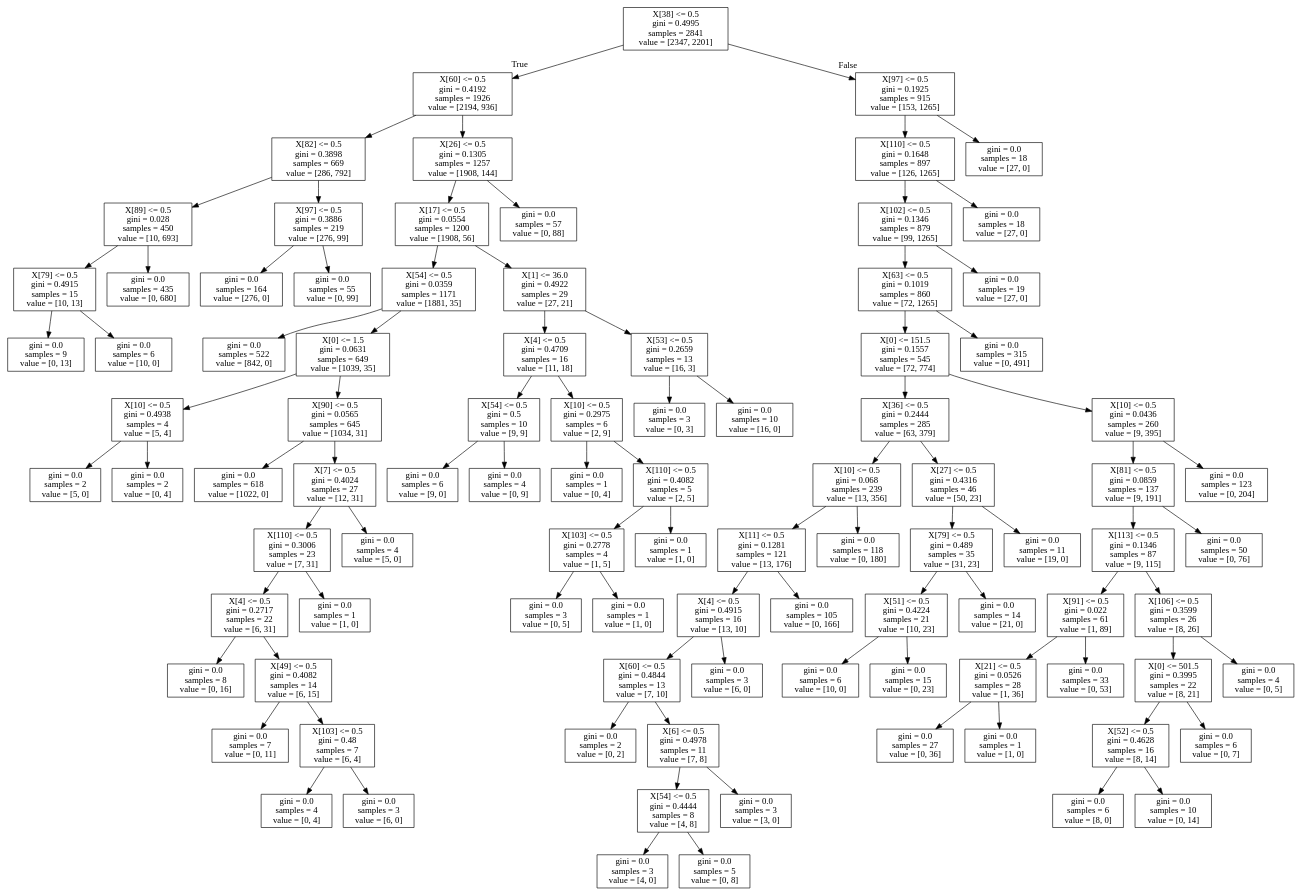
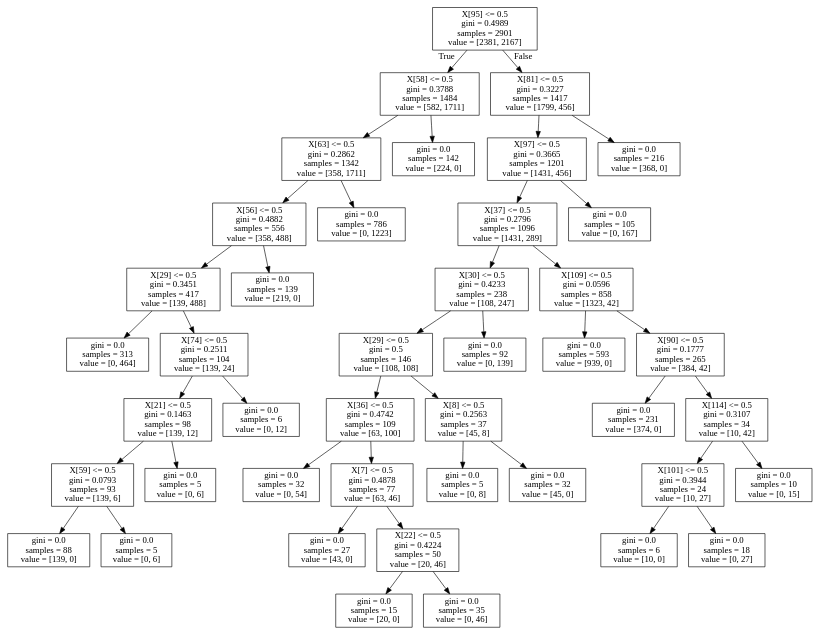
One commit to CaptainDredge/DSG-Entry-Data-Science-Competition changed the diagram in tree_5.dot. Above: the diagram before and after it, drawn with Graphviz. The commit also changed 18 other files, not shown here.

```diff
--- a/tree_5.dot
+++ b/tree_5.dot
@@ -1,192 +1,88 @@
 digraph Tree {
 node [shape=box] ;
-0 [label="X[38] <= 0.5\ngini = 0.4995\nsamples = 2841\nvalue = [2347, 2201]"] ;
-1 [label="X[60] <= 0.5\ngini = 0.4192\nsamples = 1926\nvalue = [2194, 936]"] ;
+0 [label="X[95] <= 0.5\ngini = 0.4989\nsamples = 2901\nvalue = [2381, 2167]"] ;
+1 [label="X[58] <= 0.5\ngini = 0.3788\nsamples = 1484\nvalue = [582, 1711]"] ;
 0 -> 1 [labeldistance=2.5, labelangle=45, headlabel="True"] ;
-2 [label="X[82] <= 0.5\ngini = 0.3898\nsamples = 669\nvalue = [286, 792]"] ;
+2 [label="X[63] <= 0.5\ngini = 0.2862\nsamples = 1342\nvalue = [358, 1711]"] ;
 1 -> 2 ;
-3 [label="X[89] <= 0.5\ngini = 0.028\nsamples = 450\nvalue = [10, 693]"] ;
+3 [label="X[56] <= 0.5\ngini = 0.4882\nsamples = 556\nvalue = [358, 488]"] ;
 2 -> 3 ;
-4 [label="X[79] <= 0.5\ngini = 0.4915\nsamples = 15\nvalue = [10, 13]"] ;
+4 [label="X[29] <= 0.5\ngini = 0.3451\nsamples = 417\nvalue = [139, 488]"] ;
 3 -> 4 ;
-5 [label="gini = 0.0\nsamples = 9\nvalue = [0, 13]"] ;
+5 [label="gini = 0.0\nsamples = 313\nvalue = [0, 464]"] ;
 4 -> 5 ;
-6 [label="gini = 0.0\nsamples = 6\nvalue = [10, 0]"] ;
+6 [label="X[74] <= 0.5\ngini = 0.2511\nsamples = 104\nvalue = [139, 24]"] ;
 4 -> 6 ;
-7 [label="gini = 0.0\nsamples = 435\nvalue = [0, 680]"] ;
-3 -> 7 ;
-8 [label="X[97] <= 0.5\ngini = 0.3886\nsamples = 219\nvalue = [276, 99]"] ;
-2 -> 8 ;
-9 [label="gini = 0.0\nsamples = 164\nvalue = [276, 0]"] ;
+7 [label="X[21] <= 0.5\ngini = 0.1463\nsamples = 98\nvalue = [139, 12]"] ;
+6 -> 7 ;
+8 [label="X[59] <= 0.5\ngini = 0.0793\nsamples = 93\nvalue = [139, 6]"] ;
+7 -> 8 ;
+9 [label="gini = 0.0\nsamples = 88\nvalue = [139, 0]"] ;
 8 -> 9 ;
-10 [label="gini = 0.0\nsamples = 55\nvalue = [0, 99]"] ;
+10 [label="gini = 0.0\nsamples = 5\nvalue = [0, 6]"] ;
 8 -> 10 ;
-11 [label="X[26] <= 0.5\ngini = 0.1305\nsamples = 1257\nvalue = [1908, 144]"] ;
-1 -> 11 ;
-12 [label="X[17] <= 0.5\ngini = 0.0554\nsamples = 1200\nvalue = [1908, 56]"] ;
-11 -> 12 ;
-13 [label="X[54] <= 0.5\ngini = 0.0359\nsamples = 1171\nvalue = [1881, 35]"] ;
-12 -> 13 ;
-14 [label="gini = 0.0\nsamples = 522\nvalue = [842, 0]"] ;
-13 -> 14 ;
-15 [label="X[0] <= 1.5\ngini = 0.0631\nsamples = 649\nvalue = [1039, 35]"] ;
-13 -> 15 ;
-16 [label="X[10] <= 0.5\ngini = 0.4938\nsamples = 4\nvalue = [5, 4]"] ;
-15 -> 16 ;
-17 [label="gini = 0.0\nsamples = 2\nvalue = [5, 0]"] ;
+11 [label="gini = 0.0\nsamples = 5\nvalue = [0, 6]"] ;
+7 -> 11 ;
+12 [label="gini = 0.0\nsamples = 6\nvalue = [0, 12]"] ;
+6 -> 12 ;
+13 [label="gini = 0.0\nsamples = 139\nvalue = [219, 0]"] ;
+3 -> 13 ;
+14 [label="gini = 0.0\nsamples = 786\nvalue = [0, 1223]"] ;
+2 -> 14 ;
+15 [label="gini = 0.0\nsamples = 142\nvalue = [224, 0]"] ;
+1 -> 15 ;
+16 [label="X[81] <= 0.5\ngini = 0.3227\nsamples = 1417\nvalue = [1799, 456]"] ;
+0 -> 16 [labeldistance=2.5, labelangle=-45, headlabel="False"] ;
+17 [label="X[97] <= 0.5\ngini = 0.3665\nsamples = 1201\nvalue = [1431, 456]"] ;
 16 -> 17 ;
-18 [label="gini = 0.0\nsamples = 2\nvalue = [0, 4]"] ;
-16 -> 18 ;
-19 [label="X[90] <= 0.5\ngini = 0.0565\nsamples = 645\nvalue = [1034, 31]"] ;
-15 -> 19 ;
-20 [label="gini = 0.0\nsamples = 618\nvalue = [1022, 0]"] ;
+18 [label="X[37] <= 0.5\ngini = 0.2796\nsamples = 1096\nvalue = [1431, 289]"] ;
+17 -> 18 ;
+19 [label="X[30] <= 0.5\ngini = 0.4233\nsamples = 238\nvalue = [108, 247]"] ;
+18 -> 19 ;
+20 [label="X[29] <= 0.5\ngini = 0.5\nsamples = 146\nvalue = [108, 108]"] ;
 19 -> 20 ;
-21 [label="X[7] <= 0.5\ngini = 0.4024\nsamples = 27\nvalue = [12, 31]"] ;
-19 -> 21 ;
-22 [label="X[110] <= 0.5\ngini = 0.3006\nsamples = 23\nvalue = [7, 31]"] ;
+21 [label="X[36] <= 0.5\ngini = 0.4742\nsamples = 109\nvalue = [63, 100]"] ;
+20 -> 21 ;
+22 [label="gini = 0.0\nsamples = 32\nvalue = [0, 54]"] ;
 21 -> 22 ;
-23 [label="X[4] <= 0.5\ngini = 0.2717\nsamples = 22\nvalue = [6, 31]"] ;
-22 -> 23 ;
-24 [label="gini = 0.0\nsamples = 8\nvalue = [0, 16]"] ;
+23 [label="X[7] <= 0.5\ngini = 0.4878\nsamples = 77\nvalue = [63, 46]"] ;
+21 -> 23 ;
+24 [label="gini = 0.0\nsamples = 27\nvalue = [43, 0]"] ;
 23 -> 24 ;
-25 [label="X[49] <= 0.5\ngini = 0.4082\nsamples = 14\nvalue = [6, 15]"] ;
+25 [label="X[22] <= 0.5\ngini = 0.4224\nsamples = 50\nvalue = [20, 46]"] ;
 23 -> 25 ;
-26 [label="gini = 0.0\nsamples = 7\nvalue = [0, 11]"] ;
+26 [label="gini = 0.0\nsamples = 15\nvalue = [20, 0]"] ;
 25 -> 26 ;
-27 [label="X[103] <= 0.5\ngini = 0.48\nsamples = 7\nvalue = [6, 4]"] ;
+27 [label="gini = 0.0\nsamples = 35\nvalue = [0, 46]"] ;
 25 -> 27 ;
-28 [label="gini = 0.0\nsamples = 4\nvalue = [0, 4]"] ;
-27 -> 28 ;
-29 [label="gini = 0.0\nsamples = 3\nvalue = [6, 0]"] ;
-27 -> 29 ;
-30 [label="gini = 0.0\nsamples = 1\nvalue = [1, 0]"] ;
-22 -> 30 ;
-31 [label="gini = 0.0\nsamples = 4\nvalue = [5, 0]"] ;
-21 -> 31 ;
-32 [label="X[1] <= 36.0\ngini = 0.4922\nsamples = 29\nvalue = [27, 21]"] ;
-12 -> 32 ;
-33 [label="X[4] <= 0.5\ngini = 0.4709\nsamples = 16\nvalue = [11, 18]"] ;
+28 [label="X[8] <= 0.5\ngini = 0.2563\nsamples = 37\nvalue = [45, 8]"] ;
+20 -> 28 ;
+29 [label="gini = 0.0\nsamples = 5\nvalue = [0, 8]"] ;
+28 -> 29 ;
+30 [label="gini = 0.0\nsamples = 32\nvalue = [45, 0]"] ;
+28 -> 30 ;
+31 [label="gini = 0.0\nsamples = 92\nvalue = [0, 139]"] ;
+19 -> 31 ;
+32 [label="X[109] <= 0.5\ngini = 0.0596\nsamples = 858\nvalue = [1323, 42]"] ;
+18 -> 32 ;
+33 [label="gini = 0.0\nsamples = 593\nvalue = [939, 0]"] ;
 32 -> 33 ;
-34 [label="X[54] <= 0.5\ngini = 0.5\nsamples = 10\nvalue = [9, 9]"] ;
-33 -> 34 ;
-35 [label="gini = 0.0\nsamples = 6\nvalue = [9, 0]"] ;
+34 [label="X[90] <= 0.5\ngini = 0.1777\nsamples = 265\nvalue = [384, 42]"] ;
+32 -> 34 ;
+35 [label="gini = 0.0\nsamples = 231\nvalue = [374, 0]"] ;
 34 -> 35 ;
-36 [label="gini = 0.0\nsamples = 4\nvalue = [0, 9]"] ;
+36 [label="X[114] <= 0.5\ngini = 0.3107\nsamples = 34\nvalue = [10, 42]"] ;
 34 -> 36 ;
-37 [label="X[10] <= 0.5\ngini = 0.2975\nsamples = 6\nvalue = [2, 9]"] ;
-33 -> 37 ;
-38 [label="gini = 0.0\nsamples = 1\nvalue = [0, 4]"] ;
+37 [label="X[101] <= 0.5\ngini = 0.3944\nsamples = 24\nvalue = [10, 27]"] ;
+36 -> 37 ;
+38 [label="gini = 0.0\nsamples = 6\nvalue = [10, 0]"] ;
 37 -> 38 ;
-39 [label="X[110] <= 0.5\ngini = 0.4082\nsamples = 5\nvalue = [2, 5]"] ;
+39 [label="gini = 0.0\nsamples = 18\nvalue = [0, 27]"] ;
 37 -> 39 ;
-40 [label="X[103] <= 0.5\ngini = 0.2778\nsamples = 4\nvalue = [1, 5]"] ;
-39 -> 40 ;
-41 [label="gini = 0.0\nsamples = 3\nvalue = [0, 5]"] ;
-40 -> 41 ;
-42 [label="gini = 0.0\nsamples = 1\nvalue = [1, 0]"] ;
-40 -> 42 ;
-43 [label="gini = 0.0\nsamples = 1\nvalue = [1, 0]"] ;
-39 -> 43 ;
-44 [label="X[53] <= 0.5\ngini = 0.2659\nsamples = 13\nvalue = [16, 3]"] ;
-32 -> 44 ;
-45 [label="gini = 0.0\nsamples = 3\nvalue = [0, 3]"] ;
-44 -> 45 ;
-46 [label="gini = 0.0\nsamples = 10\nvalue = [16, 0]"] ;
-44 -> 46 ;
-47 [label="gini = 0.0\nsamples = 57\nvalue = [0, 88]"] ;
-11 -> 47 ;
-48 [label="X[97] <= 0.5\ngini = 0.1925\nsamples = 915\nvalue = [153, 1265]"] ;
-0 -> 48 [labeldistance=2.5, labelangle=-45, headlabel="False"] ;
-49 [label="X[110] <= 0.5\ngini = 0.1648\nsamples = 897\nvalue = [126, 1265]"] ;
-48 -> 49 ;
-50 [label="X[102] <= 0.5\ngini = 0.1346\nsamples = 879\nvalue = [99, 1265]"] ;
-49 -> 50 ;
-51 [label="X[63] <= 0.5\ngini = 0.1019\nsamples = 860\nvalue = [72, 1265]"] ;
-50 -> 51 ;
-52 [label="X[0] <= 151.5\ngini = 0.1557\nsamples = 545\nvalue = [72, 774]"] ;
-51 -> 52 ;
-53 [label="X[36] <= 0.5\ngini = 0.2444\nsamples = 285\nvalue = [63, 379]"] ;
-52 -> 53 ;
-54 [label="X[10] <= 0.5\ngini = 0.068\nsamples = 239\nvalue = [13, 356]"] ;
-53 -> 54 ;
-55 [label="X[11] <= 0.5\ngini = 0.1281\nsamples = 121\nvalue = [13, 176]"] ;
-54 -> 55 ;
-56 [label="X[4] <= 0.5\ngini = 0.4915\nsamples = 16\nvalue = [13, 10]"] ;
-55 -> 56 ;
-57 [label="X[60] <= 0.5\ngini = 0.4844\nsamples = 13\nvalue = [7, 10]"] ;
-56 -> 57 ;
-58 [label="gini = 0.0\nsamples = 2\nvalue = [0, 2]"] ;
-57 -> 58 ;
-59 [label="X[6] <= 0.5\ngini = 0.4978\nsamples = 11\nvalue = [7, 8]"] ;
-57 -> 59 ;
-60 [label="X[54] <= 0.5\ngini = 0.4444\nsamples = 8\nvalue = [4, 8]"] ;
-59 -> 60 ;
-61 [label="gini = 0.0\nsamples = 3\nvalue = [4, 0]"] ;
-60 -> 61 ;
-62 [label="gini = 0.0\nsamples = 5\nvalue = [0, 8]"] ;
-60 -> 62 ;
-63 [label="gini = 0.0\nsamples = 3\nvalue = [3, 0]"] ;
-59 -> 63 ;
-64 [label="gini = 0.0\nsamples = 3\nvalue = [6, 0]"] ;
-56 -> 64 ;
-65 [label="gini = 0.0\nsamples = 105\nvalue = [0, 166]"] ;
-55 -> 65 ;
-66 [label="gini = 0.0\nsamples = 118\nvalue = [0, 180]"] ;
-54 -> 66 ;
-67 [label="X[27] <= 0.5\ngini = 0.4316\nsamples = 46\nvalue = [50, 23]"] ;
-53 -> 67 ;
-68 [label="X[79] <= 0.5\ngini = 0.489\nsamples = 35\nvalue = [31, 23]"] ;
-67 -> 68 ;
-69 [label="X[51] <= 0.5\ngini = 0.4224\nsamples = 21\nvalue = [10, 23]"] ;
-68 -> 69 ;
-70 [label="gini = 0.0\nsamples = 6\nvalue = [10, 0]"] ;
-69 -> 70 ;
-71 [label="gini = 0.0\nsamples = 15\nvalue = [0, 23]"] ;
-69 -> 71 ;
-72 [label="gini = 0.0\nsamples = 14\nvalue = [21, 0]"] ;
-68 -> 72 ;
-73 [label="gini = 0.0\nsamples = 11\nvalue = [19, 0]"] ;
-67 -> 73 ;
-74 [label="X[10] <= 0.5\ngini = 0.0436\nsamples = 260\nvalue = [9, 395]"] ;
-52 -> 74 ;
-75 [label="X[81] <= 0.5\ngini = 0.0859\nsamples = 137\nvalue = [9, 191]"] ;
-74 -> 75 ;
-76 [label="X[113] <= 0.5\ngini = 0.1346\nsamples = 87\nvalue = [9, 115]"] ;
-75 -> 76 ;
-77 [label="X[91] <= 0.5\ngini = 0.022\nsamples = 61\nvalue = [1, 89]"] ;
-76 -> 77 ;
-78 [label="X[21] <= 0.5\ngini = 0.0526\nsamples = 28\nvalue = [1, 36]"] ;
-77 -> 78 ;
-79 [label="gini = 0.0\nsamples = 27\nvalue = [0, 36]"] ;
-78 -> 79 ;
-80 [label="gini = 0.0\nsamples = 1\nvalue = [1, 0]"] ;
-78 -> 80 ;
-81 [label="gini = 0.0\nsamples = 33\nvalue = [0, 53]"] ;
-77 -> 81 ;
-82 [label="X[106] <= 0.5\ngini = 0.3599\nsamples = 26\nvalue = [8, 26]"] ;
-76 -> 82 ;
-83 [label="X[0] <= 501.5\ngini = 0.3995\nsamples = 22\nvalue = [8, 21]"] ;
-82 -> 83 ;
-84 [label="X[52] <= 0.5\ngini = 0.4628\nsamples = 16\nvalue = [8, 14]"] ;
-83 -> 84 ;
-85 [label="gini = 0.0\nsamples = 6\nvalue = [8, 0]"] ;
-84 -> 85 ;
-86 [label="gini = 0.0\nsamples = 10\nvalue = [0, 14]"] ;
-84 -> 86 ;
-87 [label="gini = 0.0\nsamples = 6\nvalue = [0, 7]"] ;
-83 -> 87 ;
-88 [label="gini = 0.0\nsamples = 4\nvalue = [0, 5]"] ;
-82 -> 88 ;
-89 [label="gini = 0.0\nsamples = 50\nvalue = [0, 76]"] ;
-75 -> 89 ;
-90 [label="gini = 0.0\nsamples = 123\nvalue = [0, 204]"] ;
-74 -> 90 ;
-91 [label="gini = 0.0\nsamples = 315\nvalue = [0, 491]"] ;
-51 -> 91 ;
-92 [label="gini = 0.0\nsamples = 19\nvalue = [27, 0]"] ;
-50 -> 92 ;
-93 [label="gini = 0.0\nsamples = 18\nvalue = [27, 0]"] ;
-49 -> 93 ;
-94 [label="gini = 0.0\nsamples = 18\nvalue = [27, 0]"] ;
-48 -> 94 ;
+40 [label="gini = 0.0\nsamples = 10\nvalue = [0, 15]"] ;
+36 -> 40 ;
+41 [label="gini = 0.0\nsamples = 105\nvalue = [0, 167]"] ;
+17 -> 41 ;
+42 [label="gini = 0.0\nsamples = 216\nvalue = [368, 0]"] ;
+16 -> 42 ;
 }
```
